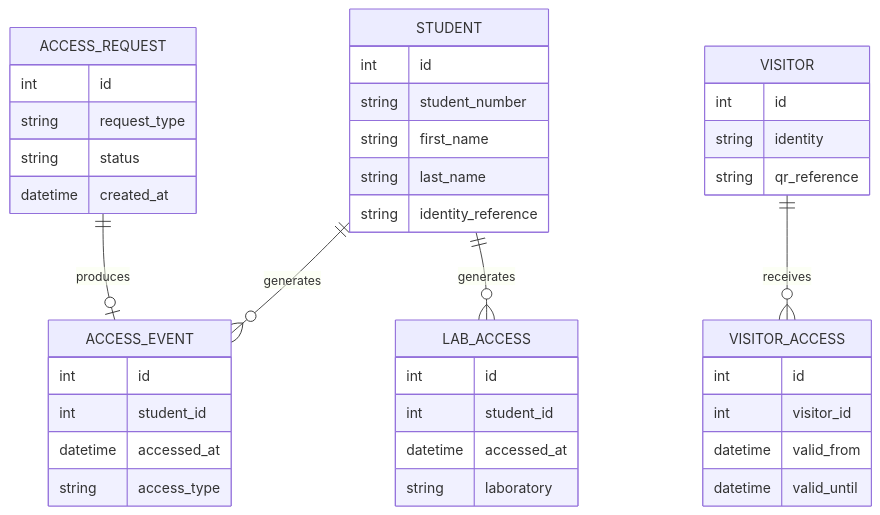
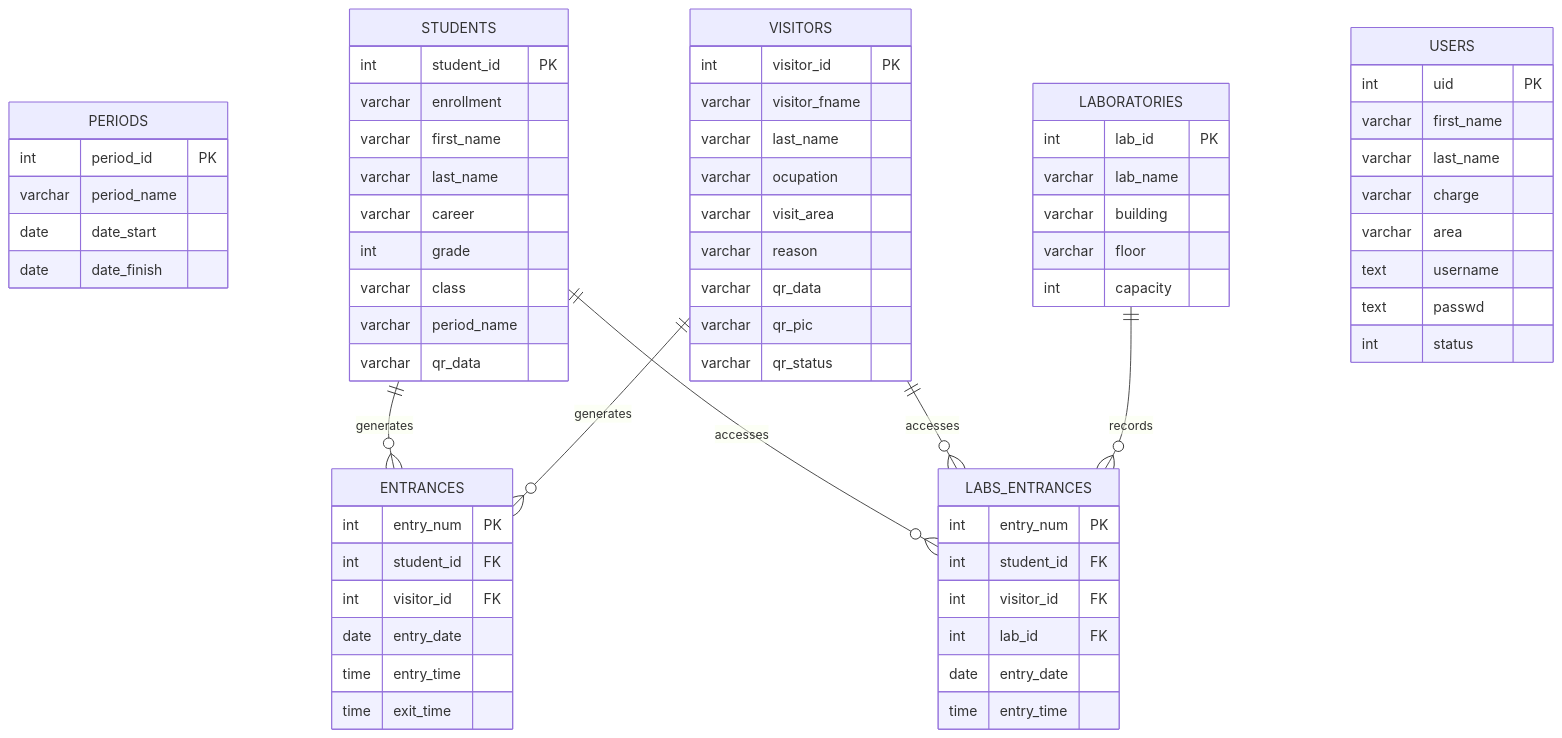
Before and after one commit to iAntonAMC/SIVAL2.0: the third of 3 diagrams in README.md, drawn with Mermaid. The commit also changed other lines of this file, not shown here.

````diff
--- a/README.md
+++ b/README.md
@@ -216,49 +358,77 @@
 ```mermaid
 erDiagram
-    STUDENT ||--o{ ACCESS_EVENT : generates
-    STUDENT ||--o{ LAB_ACCESS : generates
-    VISITOR ||--o{ VISITOR_ACCESS : receives
-    ACCESS_REQUEST ||--o| ACCESS_EVENT : produces
-
-    STUDENT {
-        int id
-        string student_number
-        string first_name
-        string last_name
-        string identity_reference
+    PERIODS {
+        int period_id PK
+        varchar period_name
+        date date_start
+        date date_finish
     }
 
-    ACCESS_EVENT {
-        int id
-        int student_id
-        datetime accessed_at
-        string access_type
+    STUDENTS {
+        int student_id PK
+        varchar enrollment
+        varchar first_name
+        varchar last_name
+        varchar career
+        int grade
+        varchar class
+        varchar period_name
+        varchar qr_data
     }
 
-    LAB_ACCESS {
-        int id
-        int student_id
-        datetime accessed_at
-        string laboratory
+    VISITORS {
+        int visitor_id PK
+        varchar visitor_fname
+        varchar last_name
+        varchar ocupation
+        varchar visit_area
+        varchar reason
+        varchar qr_data
+        varchar qr_pic
+        varchar qr_status
     }
 
-    VISITOR {
-        int id
-        string identity
-        string qr_reference
+    LABORATORIES {
+        int lab_id PK
+        varchar lab_name
+        varchar building
+        varchar floor
+        int capacity
     }
 
-    VISITOR_ACCESS {
-        int id
-        int visitor_id
-        datetime valid_from
-        datetime valid_until
+    ENTRANCES {
+        int entry_num PK
+        int student_id FK
+        int visitor_id FK
+        date entry_date
+        time entry_time
+        time exit_time
     }
 
-    ACCESS_REQUEST {
-        int id
-        string request_type
-        string status
-        datetime created_at
+    LABS_ENTRANCES {
+        int entry_num PK
+        int student_id FK
+        int visitor_id FK
+        int lab_id FK
+        date entry_date
+        time entry_time
     }
+
+    USERS {
+        int uid PK
+        varchar first_name
+        varchar last_name
+        varchar charge
+        varchar area
+        text username
+        text passwd
+        int status
+    }
+
+    STUDENTS ||--o{ ENTRANCES : generates
+    VISITORS ||--o{ ENTRANCES : generates
+
+    STUDENTS ||--o{ LABS_ENTRANCES : accesses
+    VISITORS ||--o{ LABS_ENTRANCES : accesses
+    LABORATORIES ||--o{ LABS_ENTRANCES : records
 ```
````
